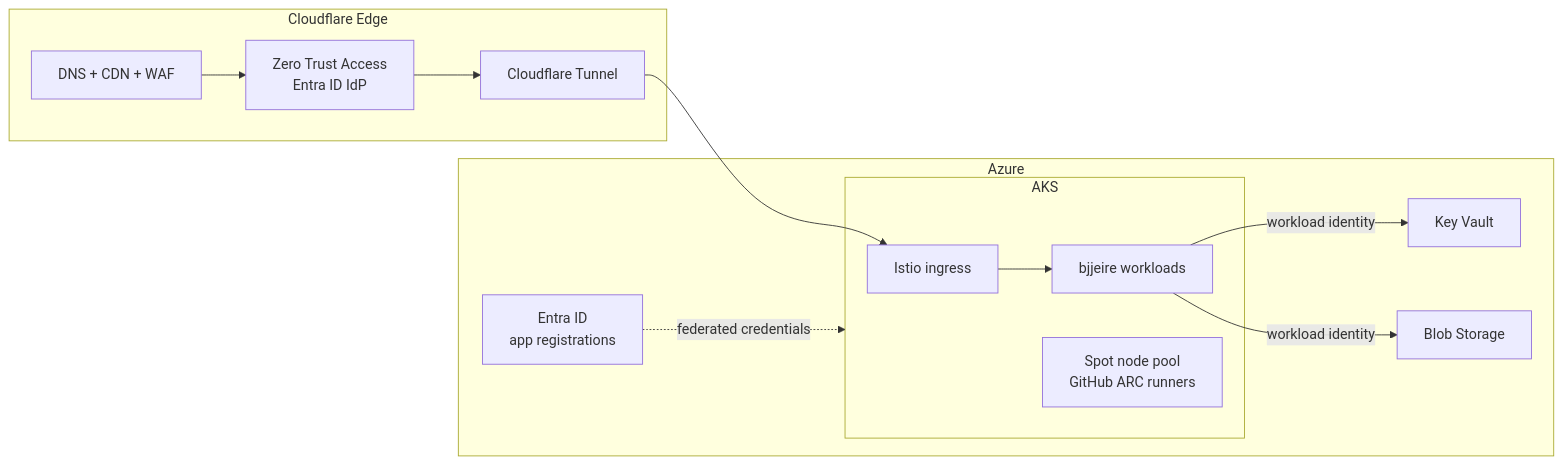
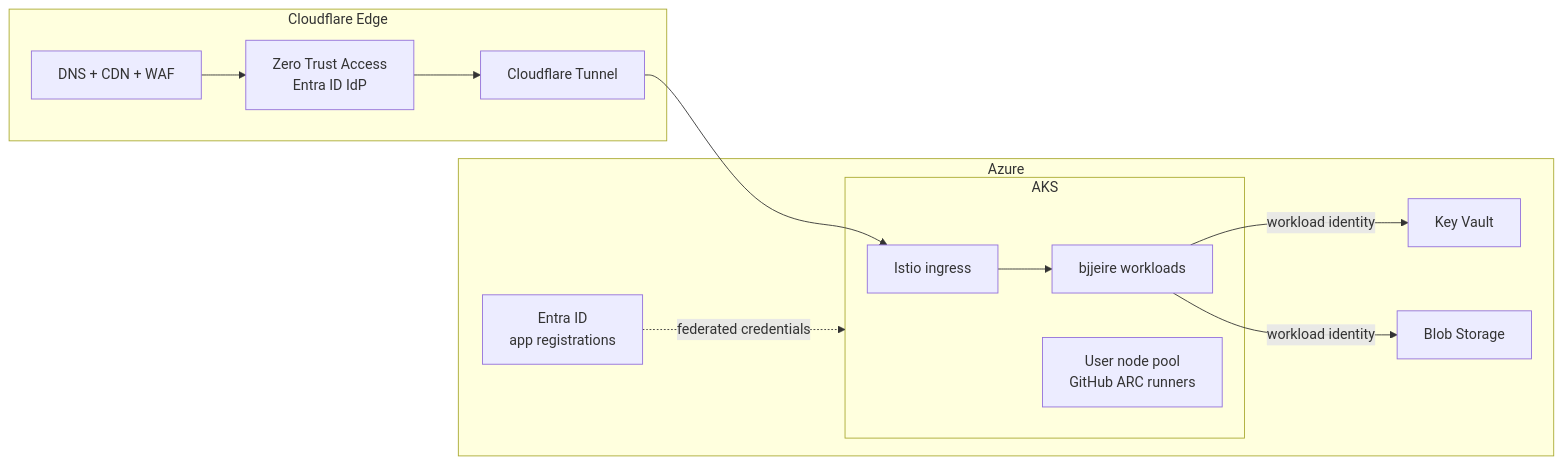
One commit to ianoflynnautomation/bjjeire-terraform-azurerm-aks changed the diagram in README.md. Above: the diagram before and after it, drawn with Mermaid. The commit also changed other lines of this file and 1 other file, not shown here.

Commit message:
fix(aks): size runner pool for local-disk ARC jobs within quota
Spot D4ds_v5 needs 4 Low-priority vCPUs; Sweden Central allows 3, so the
pool never created and acceptance shards had nowhere to land. Regular
D4ds_v6 uses Ddsv6 family quota (10) and one of the ~5 remaining
regional vCPUs, with ephemeral OS on the 150 GiB temp disk so
kubernetes-novolume / emptyDir does not attach Azure Disks.

Declare the live apps User pool in the same locals map so the next
apply cannot destroy it.

````diff
--- a/README.md
+++ b/README.md
@@ -24,18 +24,18 @@
 ```mermaid
 flowchart LR
     subgraph edge [Cloudflare Edge]
         DNS[DNS + CDN + WAF] --> Access[Zero Trust Access<br/>Entra ID IdP]
         Access --> Tunnel[Cloudflare Tunnel]
     end
 
     subgraph azure [Azure]
         Tunnel --> Istio[Istio ingress]
         subgraph aks [AKS]
             Istio --> Apps[bjjeire workloads]
-            Runners[Spot node pool<br/>GitHub ARC runners]
+            Runners[User node pool<br/>GitHub ARC runners]
         end
         Apps -- workload identity --> KV[Key Vault]
         Apps -- workload identity --> Storage[Blob Storage]
         Entra[Entra ID<br/>app registrations] -. federated credentials .-> aks
     end
 ```
````
